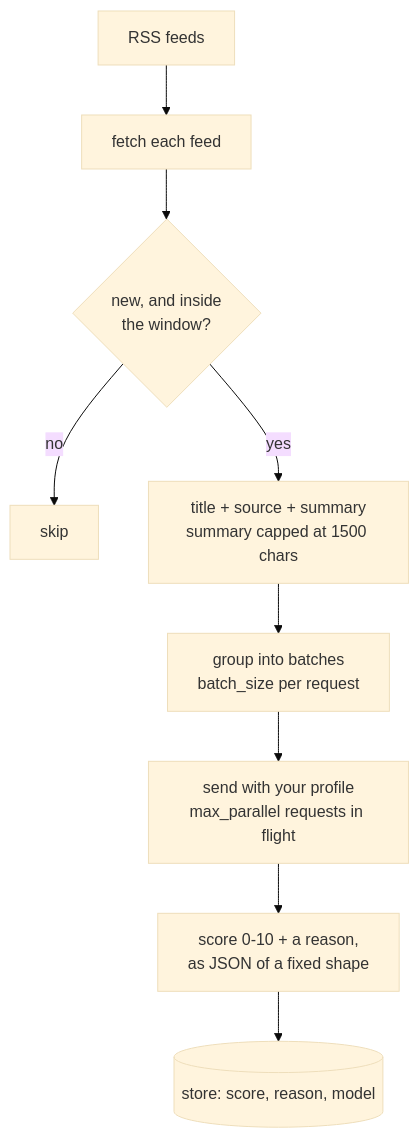
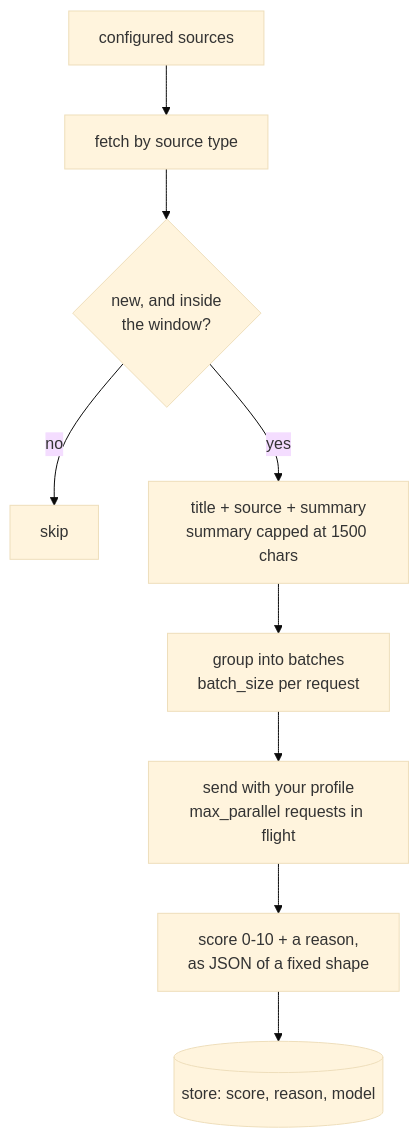
One commit to DanielBlei/rabbithole changed the second of 2 diagrams in docs/architecture.md. Above: the diagram before and after it, drawn with Mermaid (base theme). The commit also changed other lines of this file and 3 other files, not shown here.

````diff
--- a/docs/architecture.md
+++ b/docs/architecture.md
@@ -31,11 +46,11 @@
 ```mermaid
 flowchart TD
-    A[RSS feeds] --> B[fetch each feed]
+    A[configured sources] --> B[fetch by source type]
     B --> C{new, and inside<br/>the window?}
     C -- no --> D[skip]
     C -- yes --> E[title + source + summary<br/>summary capped at 1500 chars]
     E --> F[group into batches<br/>batch_size per request]
     F --> G[send with your profile<br/>max_parallel requests in flight]
     G --> H[score 0-10 + a reason,<br/>as JSON of a fixed shape]
     H --> I[(store: score, reason, model)]
 ```
````
